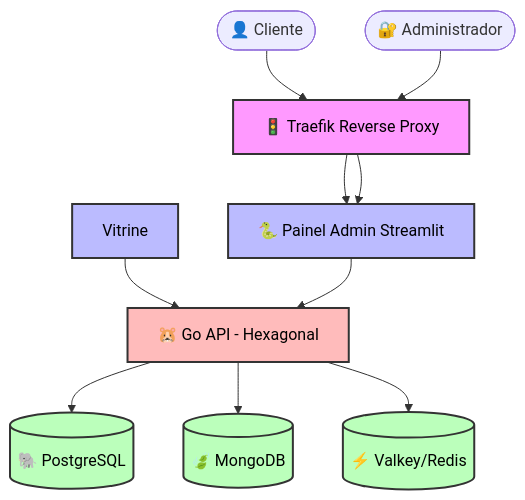
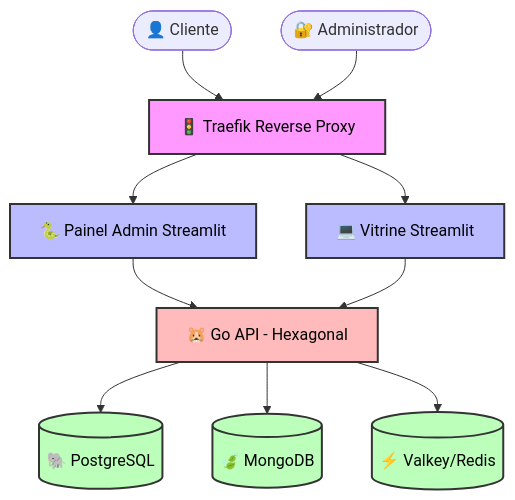
Before and after one commit to alvarolucio2007/BazaarGo: the diagram in README.md, drawn with Mermaid.

Commit message:
chore: fixing traefik->Vitrine

````diff
--- a/README.md
+++ b/README.md
@@ -93,34 +93,34 @@
 ```mermaid
 flowchart TD
     %% Atores
     User([👤 Cliente])
     Admin([🔐 Administrador])
 
     %% Proxy
     User --> Traefik[🚦 Traefik Reverse Proxy]
     Admin --> Traefik
 
     %% Frontends
     Traefik --> Streamlit[💻 Vitrine Streamlit]
-    Traefik --> Streamlit[🐍 Painel Admin Streamlit]
+    Traefik --> Vitrine[🐍 Painel Admin Streamlit]
 
     %% Backend
     Vitrine --> API[🐹 Go API - Hexagonal]
     Streamlit --> API
 
     %% Bancos de Dados (Persistência Poliglota)
     API --> PG[(🐘 PostgreSQL)]
     API --> Mongo[(🍃 MongoDB)]
     API --> Valkey[(⚡ Valkey/Redis)]
 
     %% Estilização
-classDef proxy fill:#f9f,stroke:#333,stroke-width:2px,color:#000;
+    classDef proxy fill:#f9f,stroke:#333,stroke-width:2px,color:#000;
     classDef frontend fill:#bbf,stroke:#333,stroke-width:2px,color:#000;
     classDef backend fill:#fbb,stroke:#333,stroke-width:2px,color:#000;
     classDef database fill:#bfb,stroke:#333,stroke-width:2px,color:#000;
     
     class Traefik proxy;
     class Vitrine,Streamlit frontend;
     class API backend;
     class PG,Mongo,Valkey database;
 ```
````
